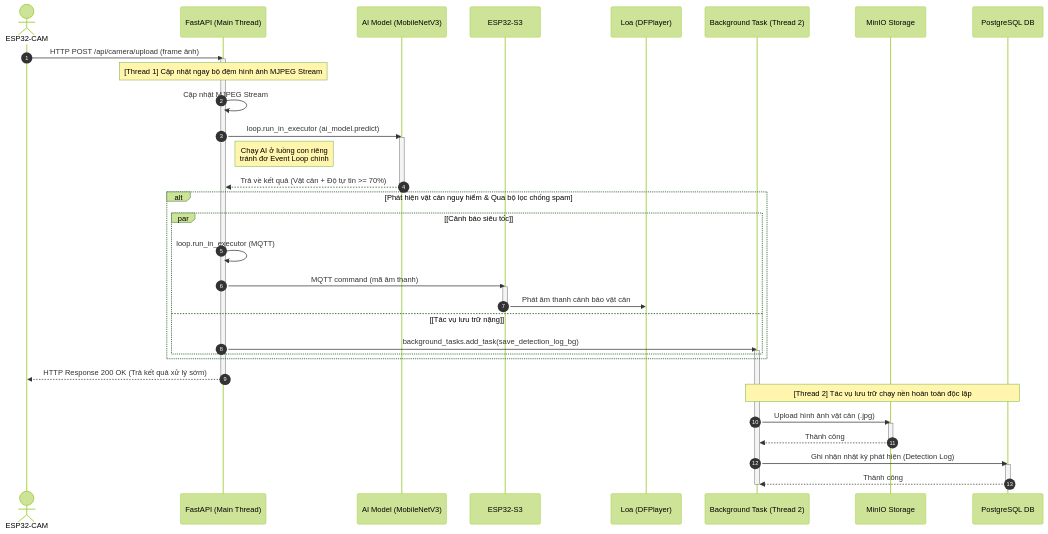
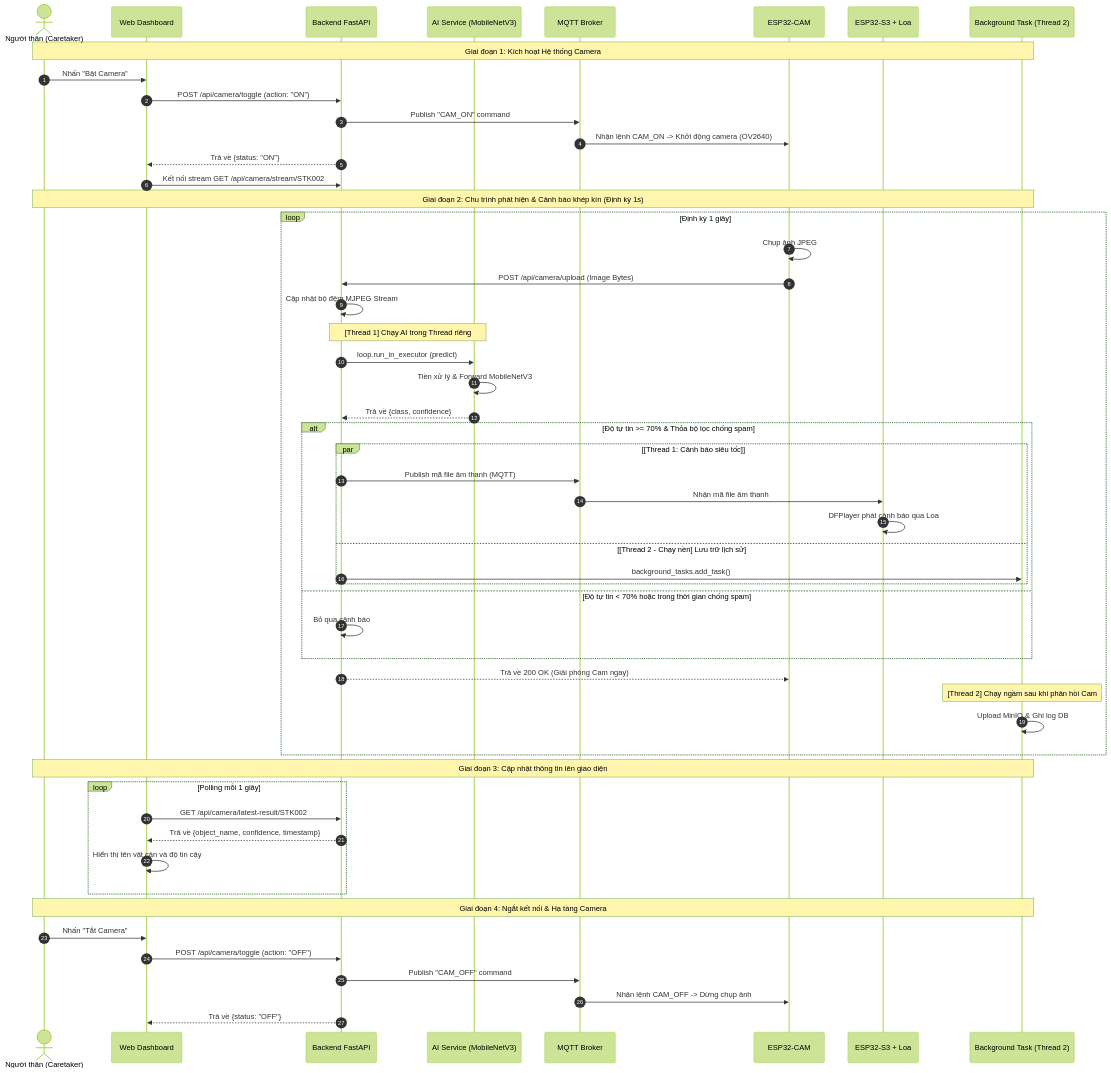
The second of 3 diagrams in system_architecture_flow.md (OrcaPhan/PBL5SmartBlindStick), drawn with Mermaid (forest theme) before and after one commit. The commit also changed other lines of this file, not shown here.

Commit message:
Update system_architecture_flow.md with the 4-phase 2-thread sequence diagram

````diff
--- a/system_architecture_flow.md
+++ b/system_architecture_flow.md
@@ -63,51 +63,63 @@
 ```mermaid
 sequenceDiagram
     autonumber
-    actor Cam as ESP32-CAM
-    participant Server as FastAPI (Main Thread)
-    participant AI as AI Model (MobileNetV3)
-    participant S3 as ESP32-S3
-    participant Loa as Loa (DFPlayer)
+    actor User as Người thân (Caretaker)
+    participant Web as Web Dashboard
+    participant Server as Backend FastAPI
+    participant AI as AI Service (MobileNetV3)
+    participant Broker as MQTT Broker
+    participant Cam as ESP32-CAM
+    participant S3 as ESP32-S3 + Loa
     participant BG as Background Task (Thread 2)
-    participant MinIO as MinIO Storage
-    participant DB as PostgreSQL DB
 
-    Cam->>Server: HTTP POST /api/camera/upload (frame ảnh)
-    activate Server
-    
-    note over Server: [Thread 1] Cập nhật ngay bộ đệm hình ảnh MJPEG Stream
-    Server->>Server: Cập nhật MJPEG Stream
-    
-    Server->>AI: loop.run_in_executor (ai_model.predict)
-    activate AI
-    note right of Server: Chạy AI ở luồng con riêng<br/>tránh đơ Event Loop chính
-    AI-->>Server: Trả về kết quả (Vật cản + Độ tự tin >= 70%)
-    deactivate AI
+    Note over User, BG: Giai đoạn 1: Kích hoạt Hệ thống Camera
+    User->>Web: Nhấn "Bật Camera"
+    Web->>Server: POST /api/camera/toggle (action: "ON")
+    Server->>Broker: Publish "CAM_ON" command
+    Broker->>Cam: Nhận lệnh CAM_ON -> Khởi động camera (OV2640)
+    Server-->>Web: Trả về {status: "ON"}
+    Web->>Server: Kết nối stream GET /api/camera/stream/STK002
 
-    alt Phát hiện vật cản nguy hiểm & Qua bộ lọc chống spam
-        par [Cảnh báo siêu tốc]
-            Server->>Server: loop.run_in_executor (MQTT)
-            Server->>S3: MQTT command (mã âm thanh)
-            activate S3
-            S3->>Loa: Phát âm thanh cảnh báo vật cản
-            deactivate S3
-        and [Tác vụ lưu trữ nặng]
-            Server->>BG: background_tasks.add_task(save_detection_log_bg)
-            activate BG
+    Note over User, BG: Giai đoạn 2: Chu trình phát hiện & Cảnh báo khép kín (Định kỳ 1s)
+    loop Định kỳ 1 giây
+        Cam->>Cam: Chụp ảnh JPEG
+        Cam->>Server: POST /api/camera/upload (Image Bytes)
+        Server->>Server: Cập nhật bộ đệm MJPEG Stream
+        
+        note over Server, AI: [Thread 1] Chạy AI trong Thread riêng
+        Server->>AI: loop.run_in_executor (predict)
+        AI->>AI: Tiền xử lý & Forward MobileNetV3
+        AI-->>Server: Trả về {class, confidence}
+        
+        alt Độ tự tin >= 70% & Thỏa bộ lọc chống spam
+            par [Thread 1: Cảnh báo siêu tốc]
+                Server->>Broker: Publish mã file âm thanh (MQTT)
+                Broker->>S3: Nhận mã file âm thanh
+                S3->>S3: DFPlayer phát cảnh báo qua Loa
+            and [Thread 2 - Chạy nền] Lưu trữ lịch sử
+                Server->>BG: background_tasks.add_task()
+            end
+        else Độ tự tin < 70% hoặc trong thời gian chống spam
+            Server->>Server: Bỏ qua cảnh báo
         end
+        
+        Server-->>Cam: Trả về 200 OK (Giải phóng Cam ngay)
+        
+        Note over BG: [Thread 2] Chạy ngầm sau khi phản hồi Cam
+        BG->>BG: Upload MinIO & Ghi log DB
     end
 
-    Server-->>Cam: HTTP Response 200 OK (Trả kết quả xử lý sớm)
-    deactivate Server
+    Note over User, BG: Giai đoạn 3: Cập nhật thông tin lên giao diện
+    loop Polling mỗi 1 giây
+        Web->>Server: GET /api/camera/latest-result/STK002
+        Server-->>Web: Trả về {object_name, confidence, timestamp}
+        Web->>Web: Hiển thị tên vật cản và độ tin cậy
+    end
 
-    note over BG, DB: [Thread 2] Tác vụ lưu trữ chạy nền hoàn toàn độc lập
-    BG->>MinIO: Upload hình ảnh vật cản (.jpg)
-    activate MinIO
-    MinIO-->>BG: Thành công
-    deactivate MinIO
-    BG->>DB: Ghi nhận nhật ký phát hiện (Detection Log)
-    activate DB
-    DB-->>BG: Thành công
-    deactivate DB
-    deactivate BG
+    Note over User, BG: Giai đoạn 4: Ngắt kết nối & Hạ tầng Camera
+    User->>Web: Nhấn "Tắt Camera"
+    Web->>Server: POST /api/camera/toggle (action: "OFF")
+    Server->>Broker: Publish "CAM_OFF" command
+    Broker->>Cam: Nhận lệnh CAM_OFF -> Dừng chụp ảnh
+    Server-->>Web: Trả về {status: "OFF"}
 ```
````
